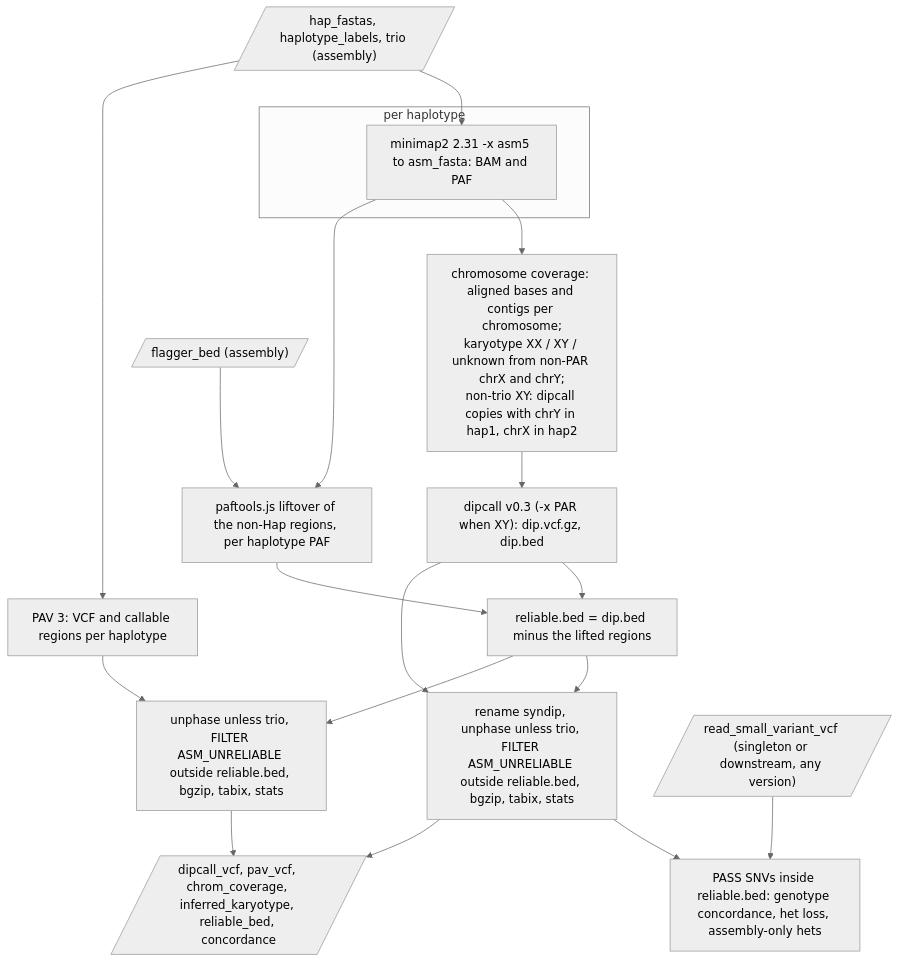
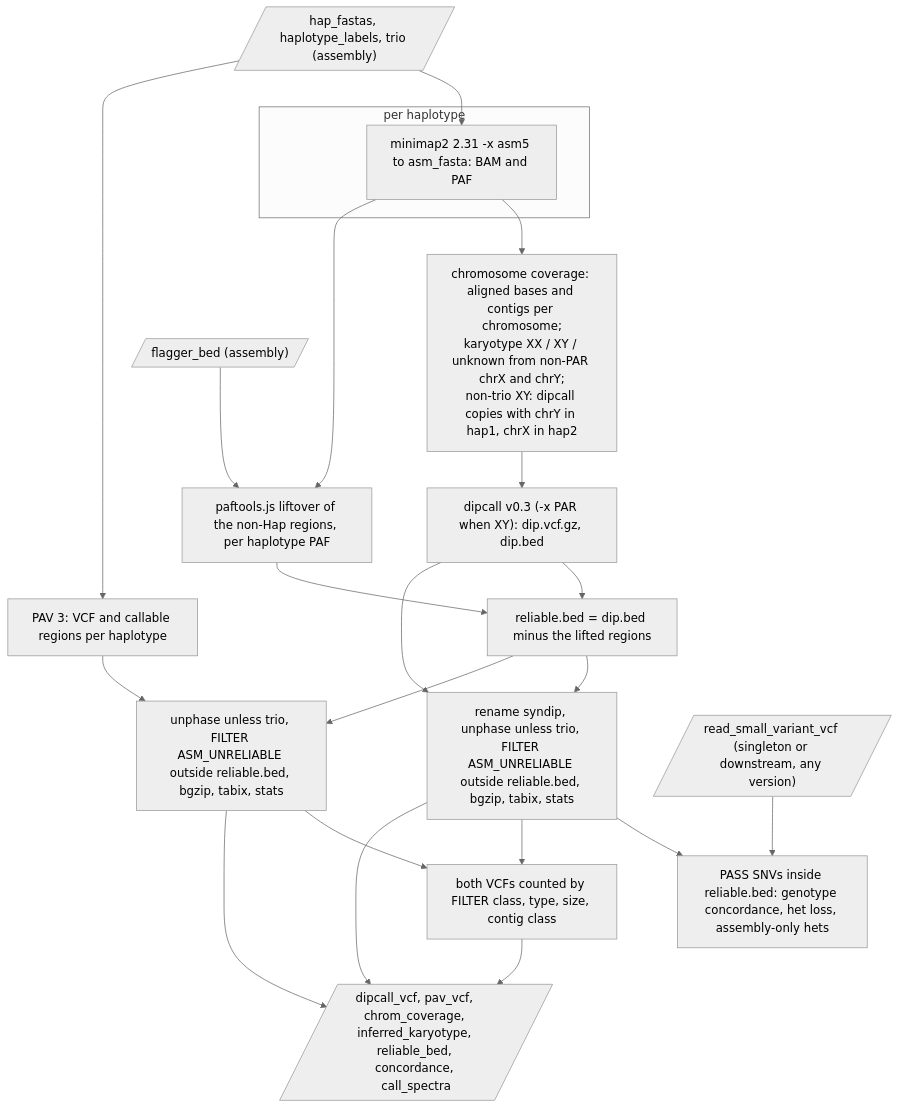
One commit to UppsalaGenomeCenter/ugc-wgw changed the ninth of 10 diagrams in docs/guide/08-stages.md. Above: the diagram before and after it, drawn with Mermaid (neutral theme). The commit also changed other lines of this file and 44 other files, not shown here.

````diff
--- a/docs/guide/08-stages.md
+++ b/docs/guide/08-stages.md
@@ -432,22 +440,25 @@
 ```mermaid
 flowchart TD
   in[/"hap_fastas, haplotype_labels, trio (assembly)"/] --> mm
   subgraph hap["per haplotype"]
     mm["minimap2 2.31 -x asm5 to asm_fasta: BAM and PAF"]
   end
   mm --> cov["chromosome coverage: aligned bases and contigs per chromosome;<br/>karyotype XX / XY / unknown from non-PAR chrX and chrY;<br/>non-trio XY: dipcall copies with chrY in hap1, chrX in hap2"]
   cov --> dip["dipcall v0.3 (-x PAR when XY): dip.vcf.gz, dip.bed"]
   in --> pav["PAV 3: VCF and callable regions per haplotype"]
   fb[/"flagger_bed (assembly)"/] --> lift["paftools.js liftover of the non-Hap regions, per haplotype PAF"]
   mm --> lift
   lift --> rel["reliable.bed = dip.bed minus the lifted regions"]
   dip --> rel
   dip --> fd["rename syndip, unphase unless trio, FILTER ASM_UNRELIABLE outside reliable.bed, bgzip, tabix, stats"]
   pav --> fp["unphase unless trio, FILTER ASM_UNRELIABLE outside reliable.bed, bgzip, tabix, stats"]
   rel --> fd
   rel --> fp
   rv[/"read_small_variant_vcf (singleton or downstream, any version)"/] --> con["PASS SNVs inside reliable.bed: genotype concordance, het loss, assembly-only hets"]
   fd --> con
-  fd --> out[/"dipcall_vcf, pav_vcf, chrom_coverage, inferred_karyotype, reliable_bed, concordance"/]
+  fd --> sp["both VCFs counted by FILTER class, type, size, contig class"]
+  fp --> sp
+  fd --> out[/"dipcall_vcf, pav_vcf, chrom_coverage, inferred_karyotype, reliable_bed, concordance, call_spectra"/]
   fp --> out
+  sp --> out
 ```
````
